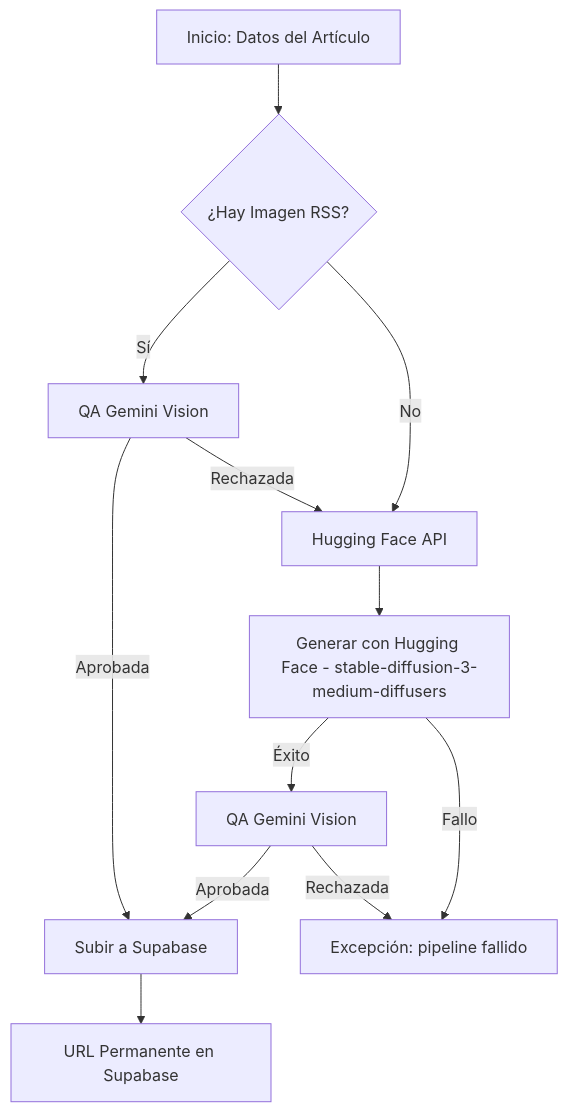
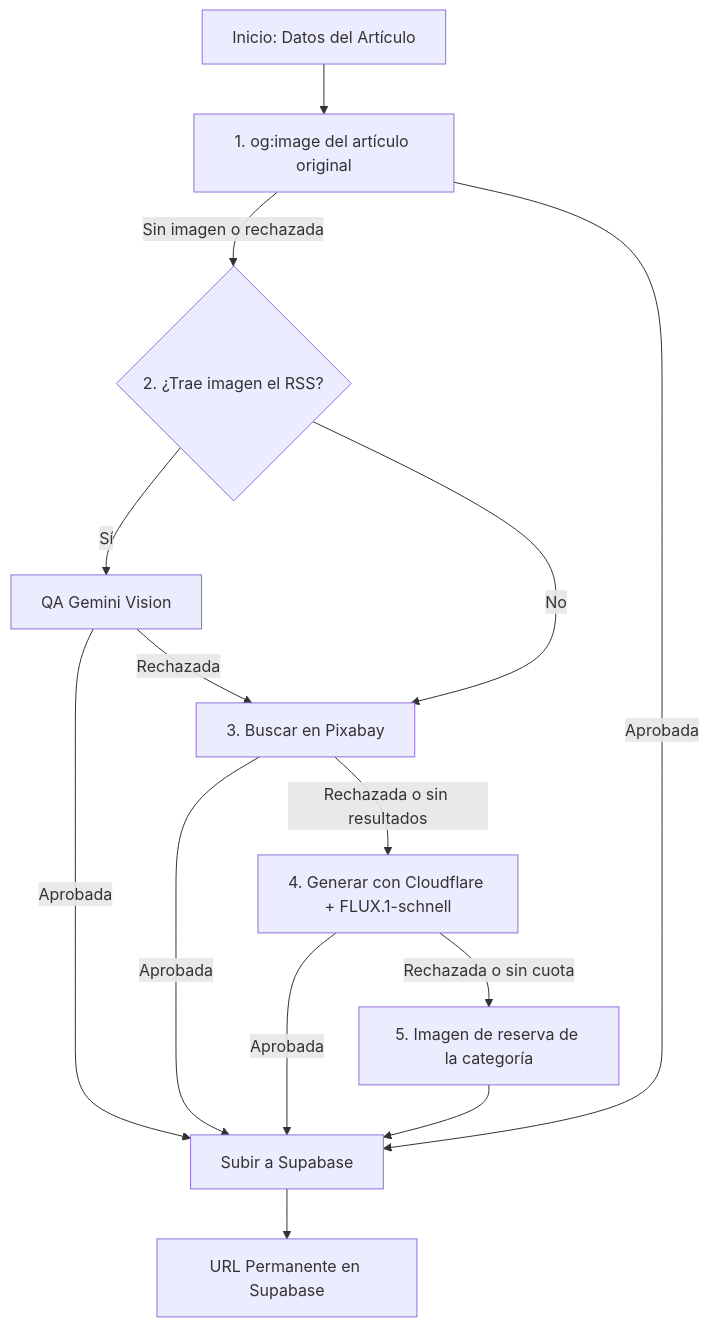
Before and after one commit to CarlosEmerito/EmeDotEme: the second of 2 diagrams in docs/04 - Flujos de Trabajo.md, drawn with Mermaid. The commit also changed other lines of this file and 16 other files, not shown here.

First line of the commit message:
feat(imagenes): cascada de fuentes con og:image, Pixabay y Cloudflare (#31)

````diff
--- a/docs/04 - Flujos de Trabajo.md
+++ b/docs/04 - Flujos de Trabajo.md
@@ -56,14 +56,16 @@
 ```mermaid
 graph TD
-    A[Inicio: Datos del Artículo] --> B{¿Hay Imagen RSS?}
-    B -- Sí --> E[QA Gemini Vision]
-    B -- No --> D[Hugging Face API]
-    E -- Aprobada --> F[Subir a Supabase]
-    E -- Rechazada --> D
-    D --> I[Generar con Hugging Face - stable-diffusion-3-medium-diffusers]
-    I -- Éxito --> G[QA Gemini Vision]
+    A[Inicio: Datos del Artículo] --> B[1. og:image del artículo original]
+    B -- Sin imagen o rechazada --> C{2. ¿Trae imagen el RSS?}
+    B -- Aprobada --> F[Subir a Supabase]
+    C -- Sí --> E[QA Gemini Vision]
+    C -- No --> G[3. Buscar en Pixabay]
+    E -- Aprobada --> F
+    E -- Rechazada --> G
     G -- Aprobada --> F
-    G -- Rechazada --> J[Excepción: pipeline fallido]
-    I -- Fallo --> J
+    G -- Rechazada o sin resultados --> H[4. Generar con Cloudflare + FLUX.1-schnell]
+    H -- Aprobada --> F
+    H -- Rechazada o sin cuota --> I[5. Imagen de reserva de la categoría]
+    I --> F
     F --> L[URL Permanente en Supabase]
 ```
````
